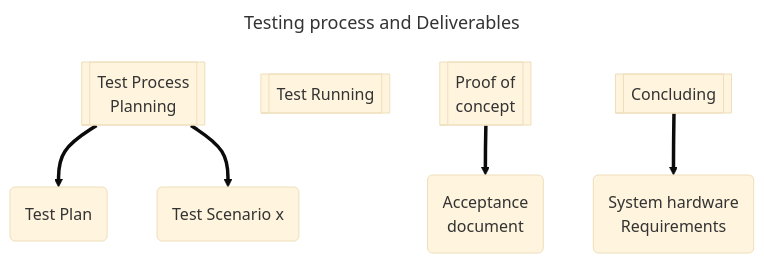
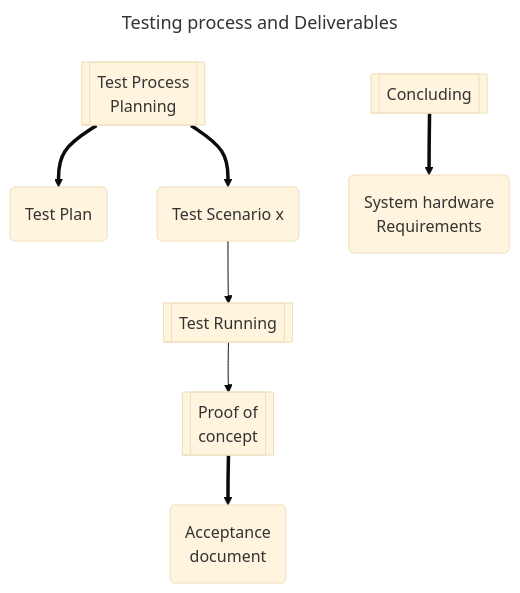
The second of 2 diagrams in doc_src/SDEVEN.25_SYTEST.md (petre-renware/sdeven), drawn with Mermaid (base theme) before and after one commit.

````diff
--- a/doc_src/SDEVEN.25_SYTEST.md
+++ b/doc_src/SDEVEN.25_SYTEST.md
@@ -200,23 +200,27 @@
 ```mermaid
 ---
 title: Testing process and Deliverables
 ---
 flowchart TD
     pln[["Test Process \n Planning"]]
     exec[["Test Running"]]
     poc[["Proof of \n concept"]]
     concl[["Concluding"]]
 
     tpln("Test Plan")
     tsce("Test Scenario x")
     pocdoc("Acceptance \n document")
     sysrq("System hardware \n Requirements")
 
 
     pln ==> tpln
     pln ==> tsce
+
+    tsce --> exec
+    exec --> poc
+
     poc ==> pocdoc
     concl ==> sysrq
 
 
 ```
````
